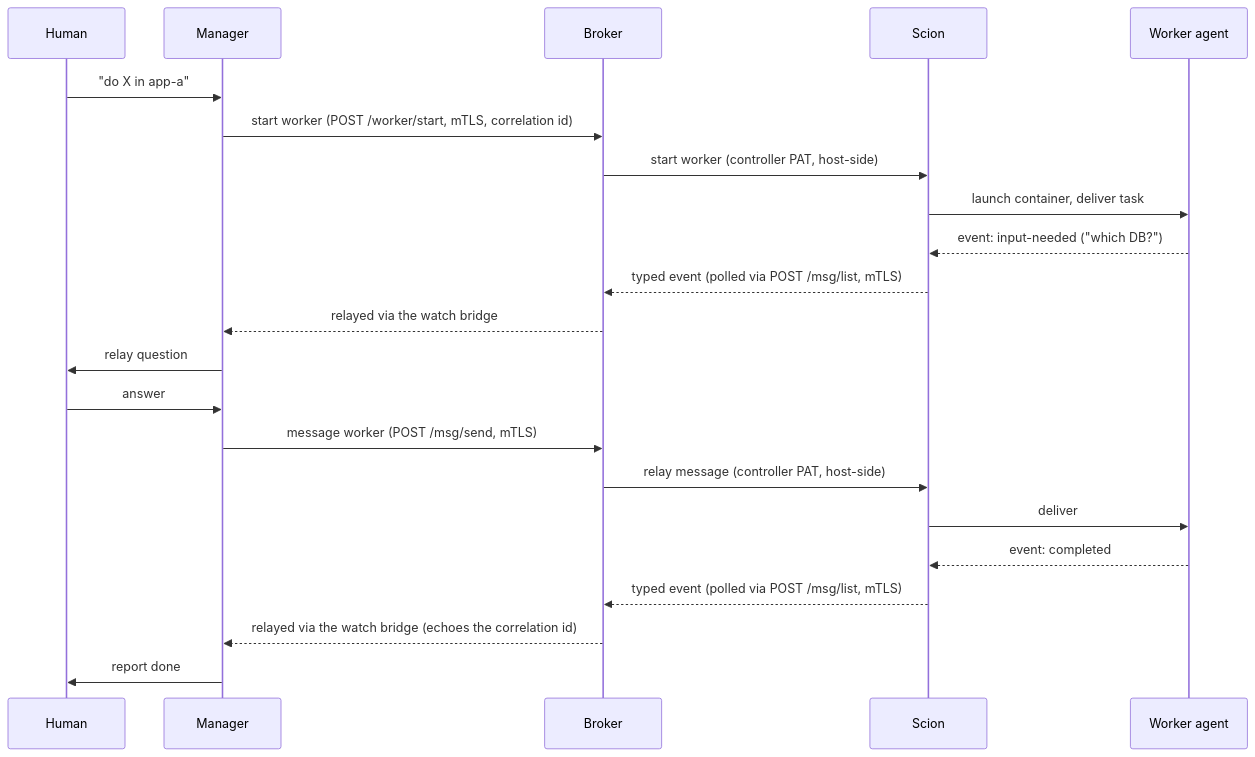
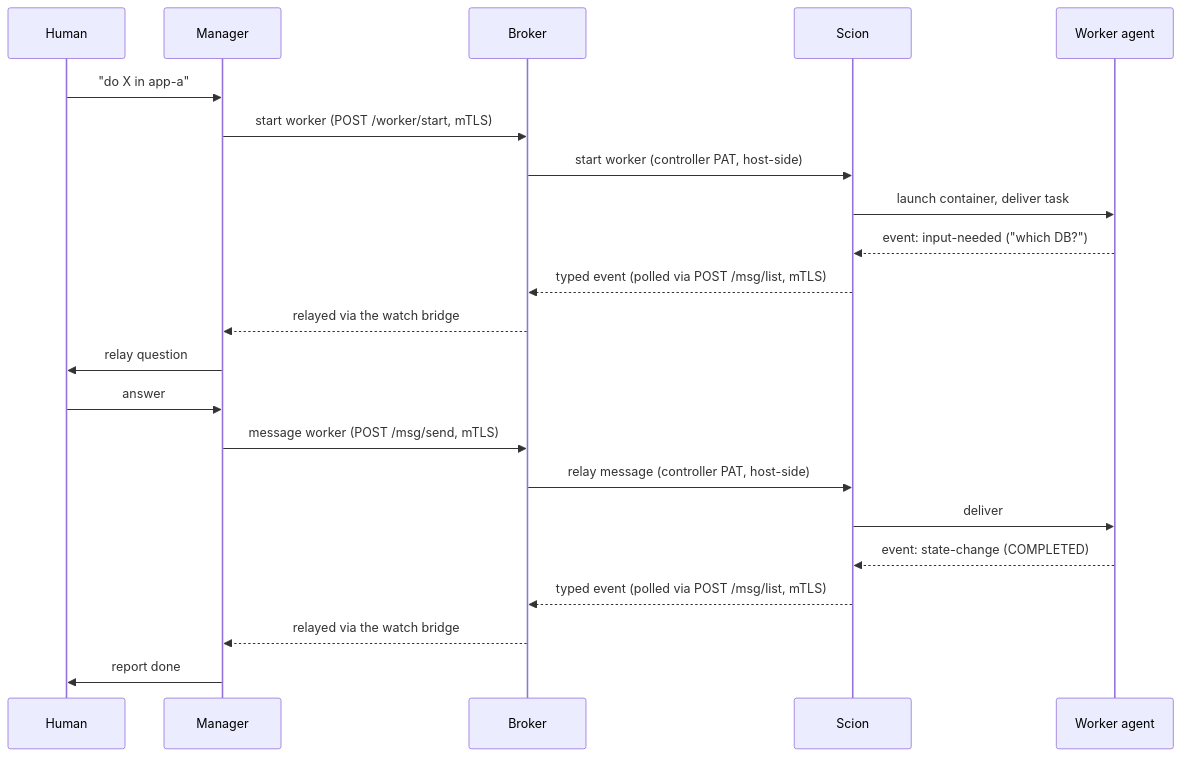
Before and after one commit to stevegeek/lever: the third of 3 diagrams in docs-site/_guides/architecture.md, drawn with Mermaid. The commit also changed other lines of this file and 29 other files, not shown here.

````diff
--- a/docs-site/_guides/architecture.md
+++ b/docs-site/_guides/architecture.md
@@ -144,24 +137,24 @@
 ```mermaid
 sequenceDiagram
     participant Hu as Human
     participant Mg as Manager
     participant Br as Broker
     participant Sc as Scion
     participant Wk as Worker agent
     Hu->>Mg: "do X in app-a"
-    Mg->>Br: start worker (POST /worker/start, mTLS, correlation id)
+    Mg->>Br: start worker (POST /worker/start, mTLS)
     Br->>Sc: start worker (controller PAT, host-side)
     Sc->>Wk: launch container, deliver task
     Wk-->>Sc: event: input-needed ("which DB?")
     Sc-->>Br: typed event (polled via POST /msg/list, mTLS)
     Br-->>Mg: relayed via the watch bridge
     Mg->>Hu: relay question
     Hu->>Mg: answer
     Mg->>Br: message worker (POST /msg/send, mTLS)
     Br->>Sc: relay message (controller PAT, host-side)
     Sc->>Wk: deliver
-    Wk-->>Sc: event: completed
+    Wk-->>Sc: event: state-change (COMPLETED)
     Sc-->>Br: typed event (polled via POST /msg/list, mTLS)
-    Br-->>Mg: relayed via the watch bridge (echoes the correlation id)
+    Br-->>Mg: relayed via the watch bridge
     Mg->>Hu: report done
 ```
````
